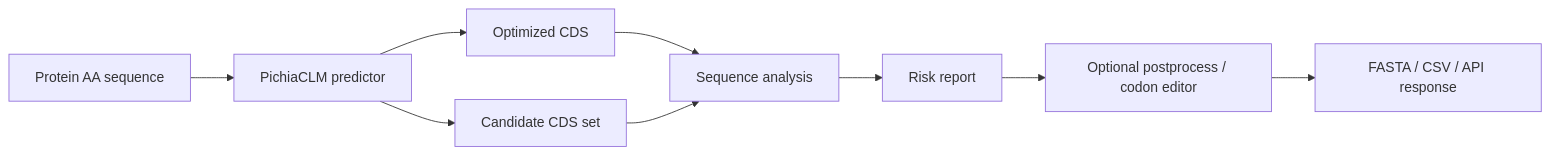
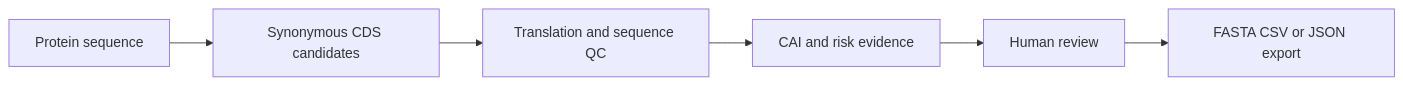
The first of 2 diagrams in README.md (77652189/PichiaCLM-Torch), drawn with Mermaid before and after one commit. The commit also changed other lines of this file and 4 other files, not shown here.

````diff
--- a/README.md
+++ b/README.md
@@ -43,11 +22,8 @@
 ```mermaid
 flowchart LR
-    A["Protein AA sequence"] --> B["PichiaCLM predictor"]
-    B --> C["Optimized CDS"]
-    B --> D["Candidate CDS set"]
-    C --> E["Sequence analysis"]
-    D --> E
-    E --> F["Risk report"]
-    F --> G["Optional postprocess / codon editor"]
-    G --> H["FASTA / CSV / API response"]
+  A[Protein sequence] --> B[Synonymous CDS candidates]
+  B --> C[Translation and sequence QC]
+  C --> D[CAI and risk evidence]
+  D --> E[Human review]
+  E --> F[FASTA CSV or JSON export]
 ```
````
